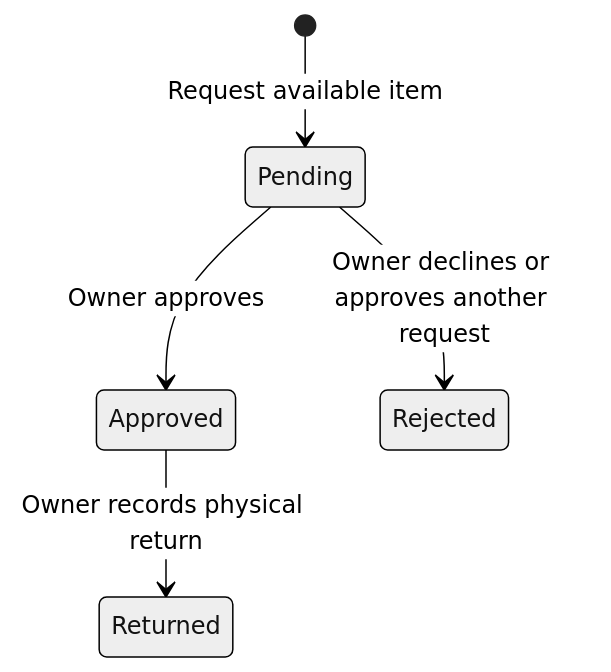
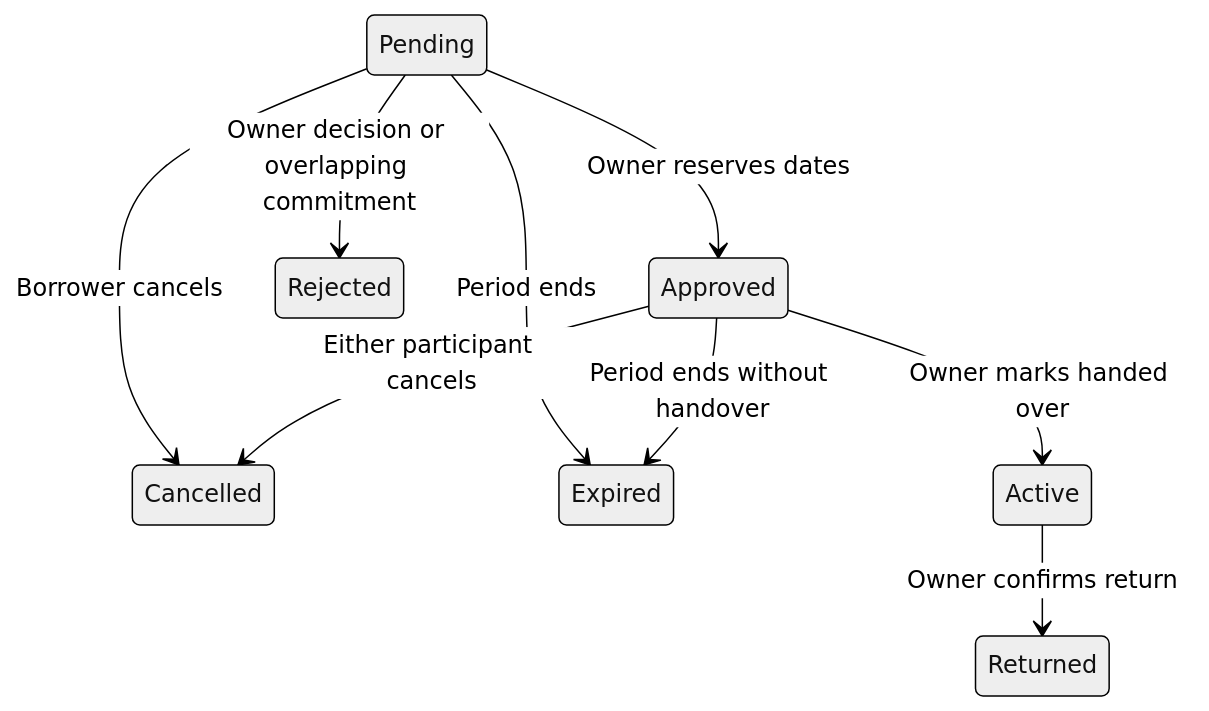
Before and after one commit to Amritanshu05/Demandbase: the second of 2 diagrams in docs/DESIGN.md, drawn with Mermaid (neutral theme). The commit also changed other lines of this file and 22 other files, not shown here.

````diff
--- a/docs/DESIGN.md
+++ b/docs/DESIGN.md
@@ -68,7 +43,11 @@
 ```mermaid
 stateDiagram-v2
-    [*] --> Pending: Request available item
-    Pending --> Approved: Owner approves
-    Pending --> Rejected: Owner declines or approves another request
-    Approved --> Returned: Owner records physical return
+    Pending --> Approved: Owner reserves dates
+    Pending --> Rejected: Owner decision or overlapping commitment
+    Pending --> Cancelled: Borrower cancels
+    Pending --> Expired: Period ends
+    Approved --> Active: Owner marks handed over
+    Approved --> Cancelled: Either participant cancels
+    Approved --> Expired: Period ends without handover
+    Active --> Returned: Owner confirms return
 ```
````
